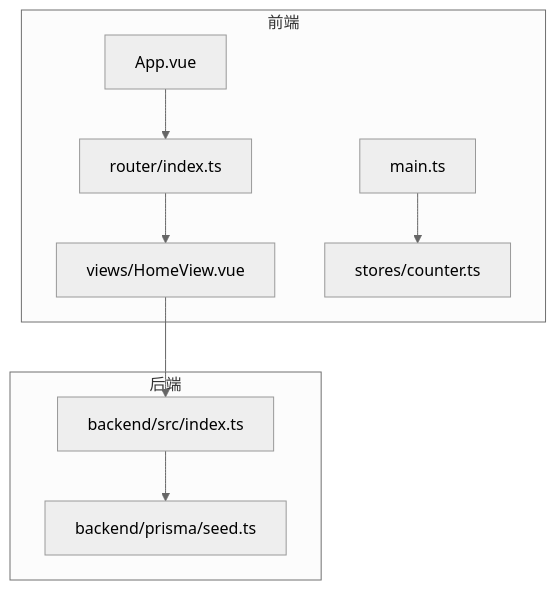
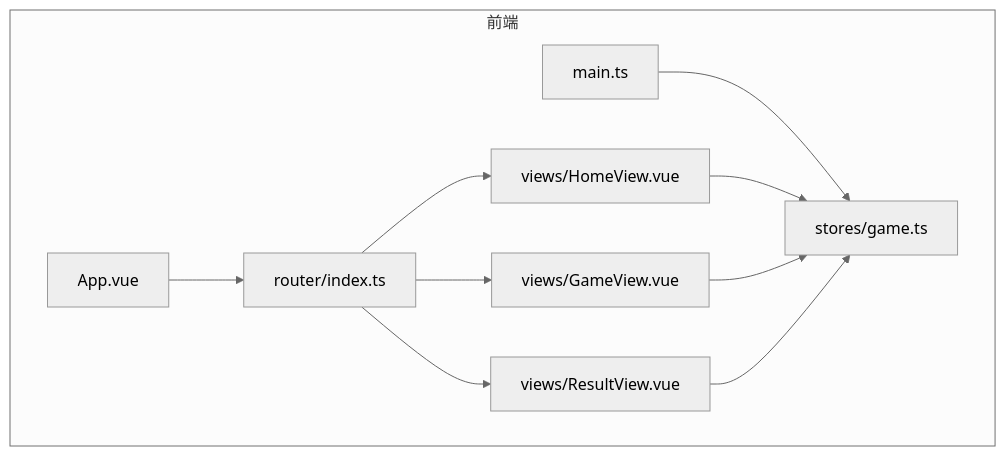
One commit to iazrael/feihua-ling changed the first of 5 diagrams in .qoder/repowiki/zh/content/核心功能设计/游戏状态管理.md. Above: the diagram before and after it, drawn with Mermaid (neutral theme). The commit also changed other lines of this file and 10 other files, not shown here.

````diff
--- a/.qoder/repowiki/zh/content/核心功能设计/游戏状态管理.md
+++ b/.qoder/repowiki/zh/content/核心功能设计/游戏状态管理.md
@@ -34,19 +31,20 @@
 ```mermaid
 graph TB
 subgraph "前端"
 App["App.vue"]
 Router["router/index.ts"]
 Home["views/HomeView.vue"]
-Stores["stores/counter.ts"]
+Game["views/GameView.vue"]
+Result["views/ResultView.vue"]
+Store["stores/game.ts"]
 Main["main.ts"]
-end
-subgraph "后端"
-Backend["backend/src/index.ts"]
-Seed["backend/prisma/seed.ts"]
 end
 App --> Router
 Router --> Home
-Main --> Stores
-Home --> Backend
-Backend --> Seed
+Router --> Game
+Router --> Result
+Main --> Store
+Home --> Store
+Game --> Store
+Result --> Store
 ```
````
